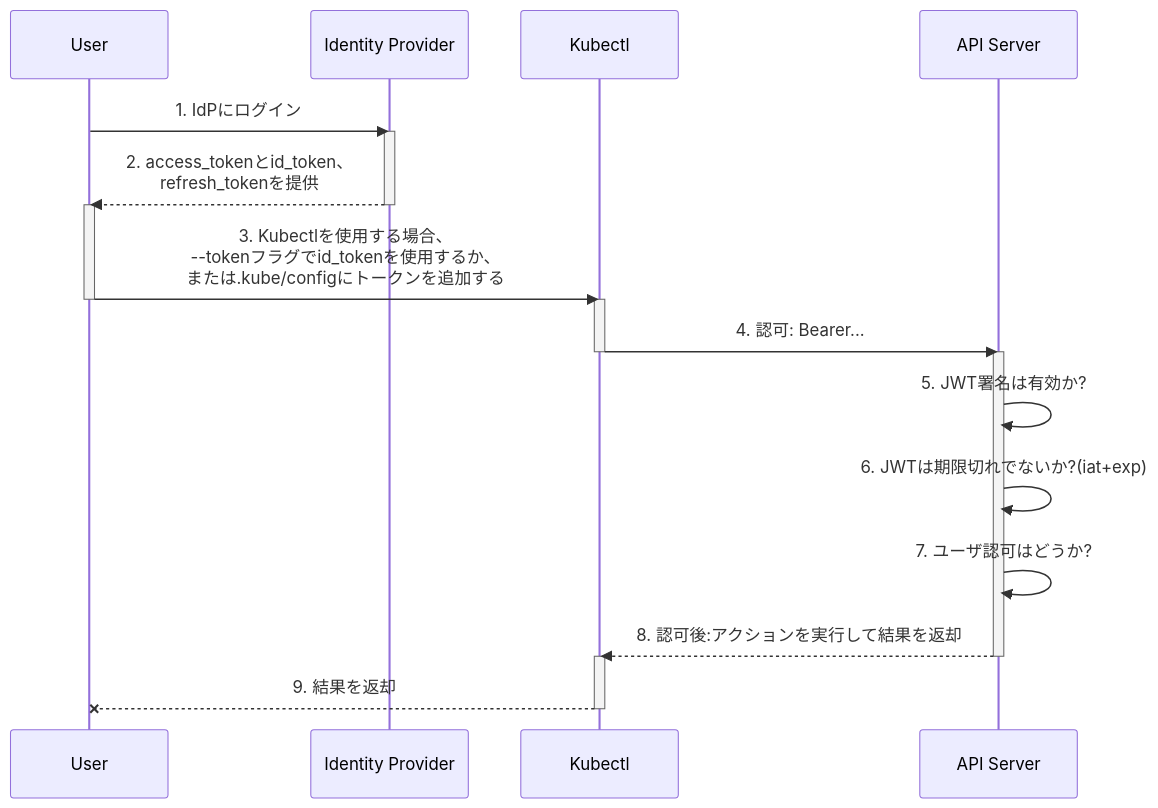
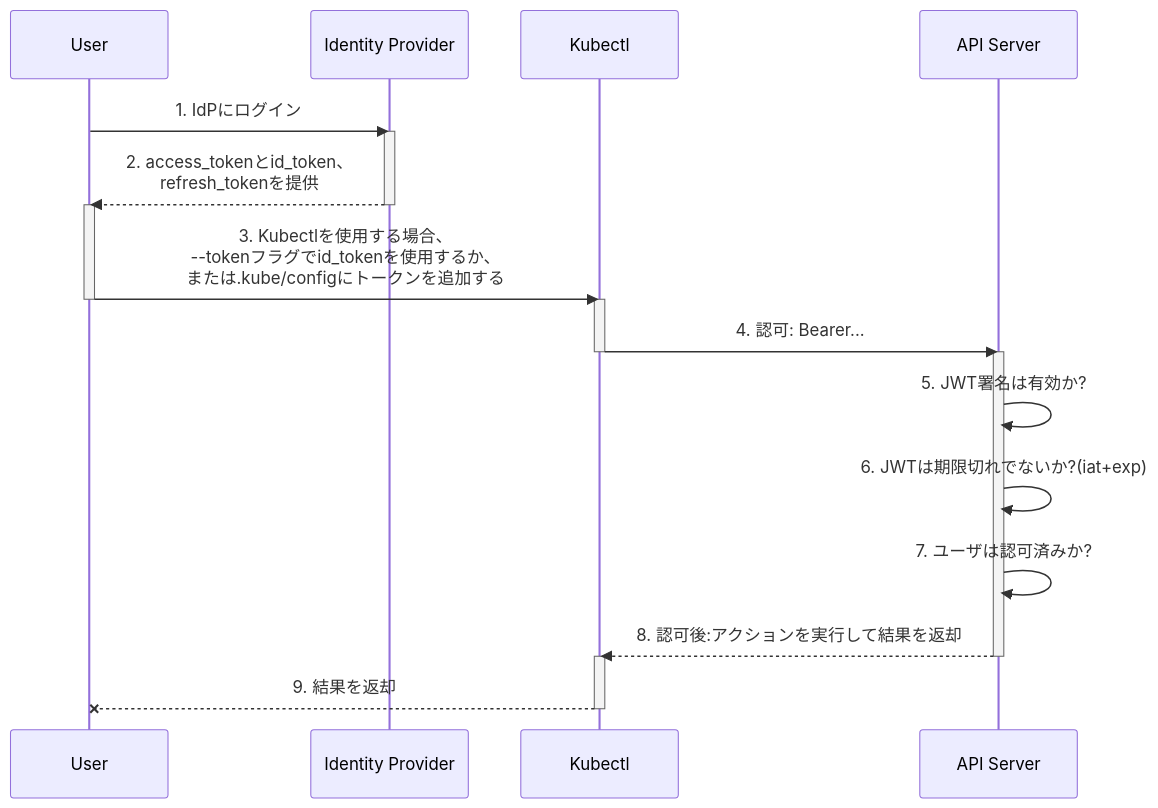
Before and after one commit to kubernetes/website: the diagram in content/ja/docs/reference/access-authn-authz/authentication.md, drawn with Mermaid.

```diff
--- a/content/ja/docs/reference/access-authn-authz/authentication.md
+++ b/content/ja/docs/reference/access-authn-authz/authentication.md
@@ -198,27 +198,27 @@
 {{< mermaid >}}
 sequenceDiagram
     participant user as User
     participant idp as Identity Provider
     participant kube as Kubectl
     participant api as API Server
 
     user ->> idp: 1. IdPにログイン
     activate idp
     idp -->> user: 2. access_tokenとid_token、<br>refresh_tokenを提供
     deactivate idp
     activate user
     user ->> kube: 3. Kubectlを使用する場合、<br>--tokenフラグでid_tokenを使用するか、<br>または.kube/configにトークンを追加する
     deactivate user
     activate kube
     kube ->> api: 4. 認可: Bearer...
     deactivate kube
     activate api
     api ->> api: 5. JWT署名は有効か?
     api ->> api: 6. JWTは期限切れでないか?(iat+exp)
-    api ->> api: 7. ユーザ認可はどうか?
+    api ->> api: 7. ユーザは認可済みか?
     api -->> kube: 8. 認可後:アクションを実行して結果を返却
     deactivate api
     activate kube
     kube --x user: 9. 結果を返却
     deactivate kube
 {{< /mermaid >}}
```
